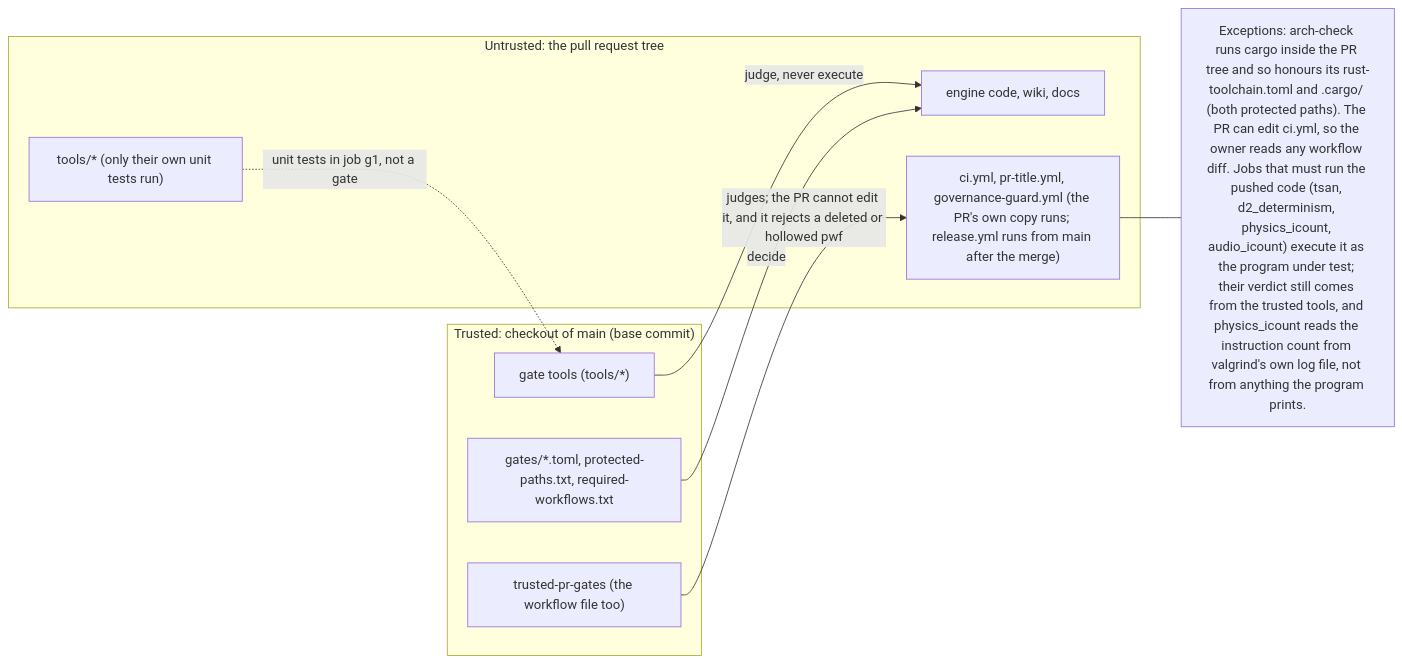
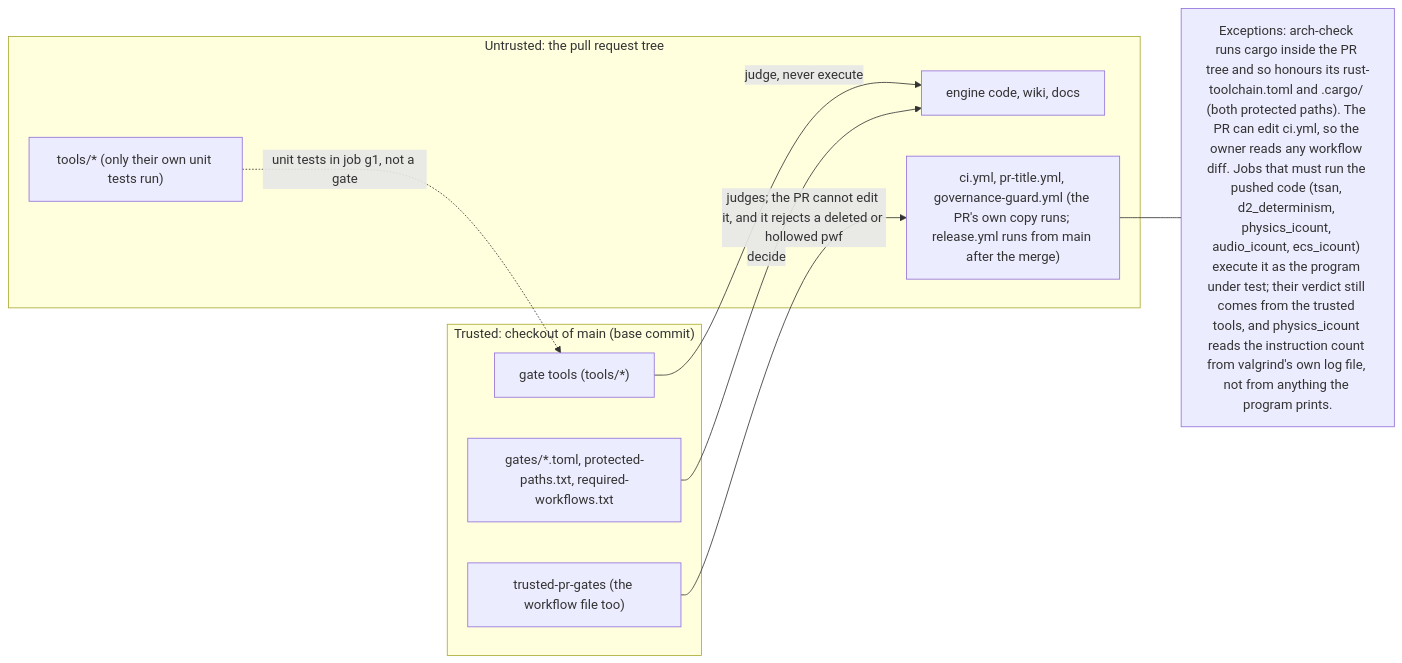
Before and after one commit to giamat90/DuckEngine: the third of 7 diagrams in wiki/workflow/ci-diagrams.md, drawn with Mermaid. The commit also changed other lines of this file and 7 other files, not shown here.

Commit message:
feat(gates): add the ECS instruction-count gate (7-6) (#59)

````diff
--- a/wiki/workflow/ci-diagrams.md
+++ b/wiki/workflow/ci-diagrams.md
@@ -175,22 +187,22 @@
 ```mermaid
 flowchart LR
   subgraph trusted["Trusted: checkout of main (base commit)"]
     tools["gate tools (tools/*)"]
     cfg["gates/*.toml, protected-paths.txt, required-workflows.txt"]
     twf["trusted-pr-gates (the workflow file too)"]
   end
 
   subgraph untrusted["Untrusted: the pull request tree"]
     code["engine code, wiki, docs"]
     pwf["ci.yml, pr-title.yml, governance-guard.yml (the PR's own copy runs; release.yml runs from main after the merge)"]
     ptools["tools/* (only their own unit tests run)"]
   end
 
   tools -- "judge, never execute" --> code
   cfg -- "decide" --> code
   twf -- "judges; the PR cannot edit it, and it rejects a deleted or hollowed pwf" --> pwf
   ptools -. "unit tests in job g1, not a gate" .-> tools
 
-  note["Exceptions: arch-check runs cargo inside the PR tree and so honours its rust-toolchain.toml and .cargo/ (both protected paths). The PR can edit ci.yml, so the owner reads any workflow diff. Jobs that must run the pushed code (tsan, d2_determinism, physics_icount, audio_icount) execute it as the program under test; their verdict still comes from the trusted tools, and physics_icount reads the instruction count from valgrind's own log file, not from anything the program prints."]
+  note["Exceptions: arch-check runs cargo inside the PR tree and so honours its rust-toolchain.toml and .cargo/ (both protected paths). The PR can edit ci.yml, so the owner reads any workflow diff. Jobs that must run the pushed code (tsan, d2_determinism, physics_icount, audio_icount, ecs_icount) execute it as the program under test; their verdict still comes from the trusted tools, and physics_icount reads the instruction count from valgrind's own log file, not from anything the program prints."]
   pwf --- note
 ```
````
